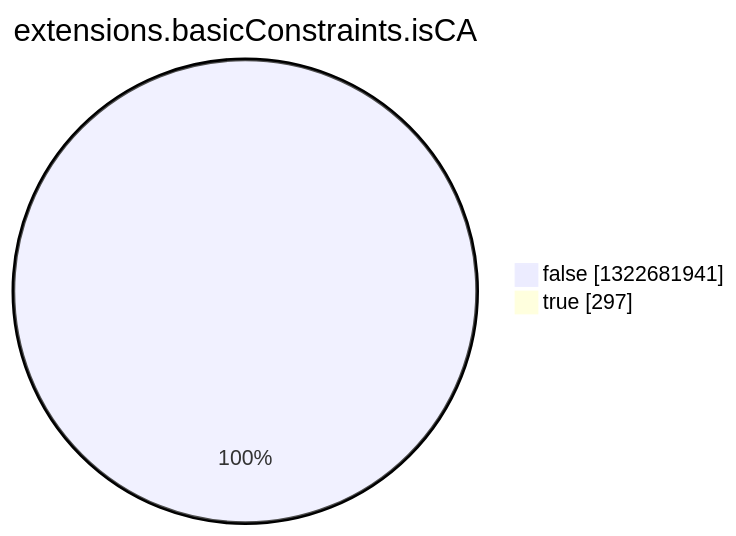
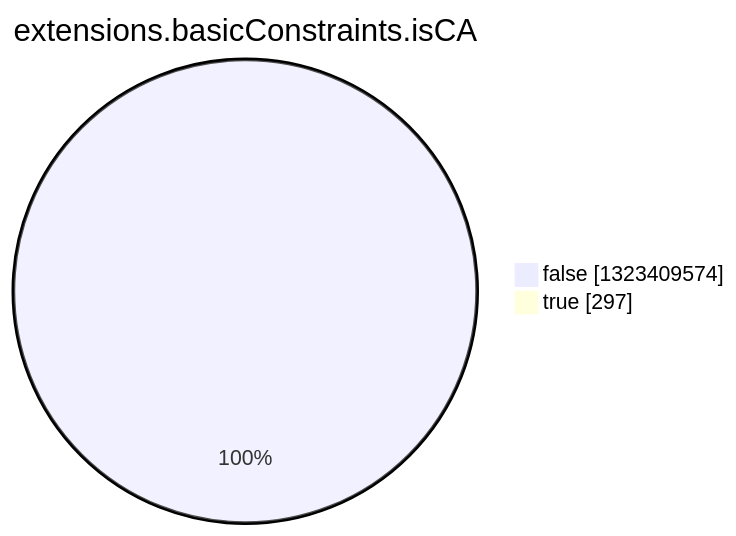
One commit to christiankrug/ctmonitor_visualization changed the eighth of 15 diagrams in argon2022/README.md. Above: the diagram before and after it, drawn with Mermaid. The commit also changed other lines of this file, not shown here.

````diff
--- a/argon2022/README.md
+++ b/argon2022/README.md
@@ -2758,6 +2758,6 @@
 ```mermaid
 pie showData
 title extensions.basicConstraints.isCA
-"false" :1322681941
+"false" :1323409574
 "true" :297
 ```
````
